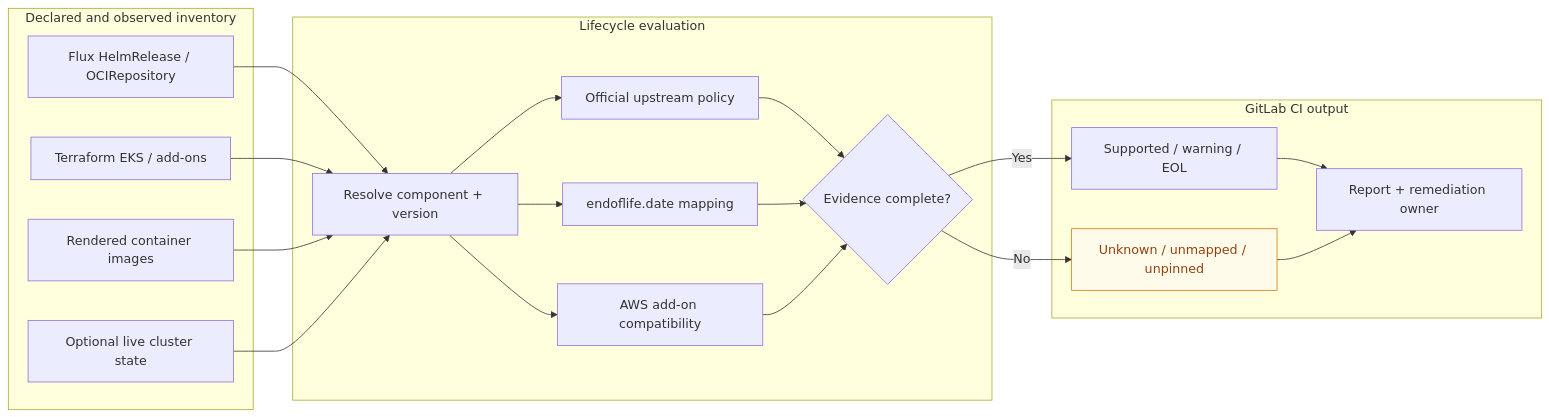
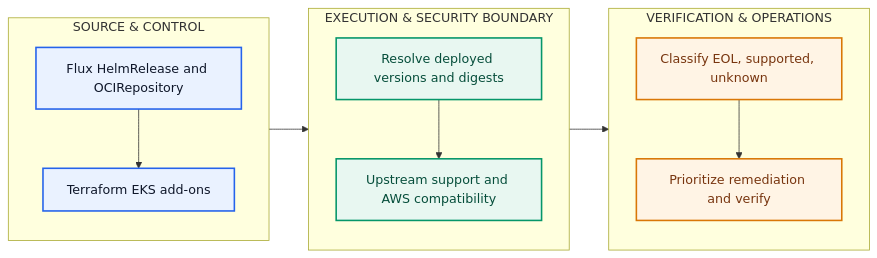
The diagram in engineering-reference/guides/security/kubernetes-workload-eol-inventory/diagram.mmd (platform-engineering-labz/platform-engineering), drawn with Mermaid before and after one commit. The commit also changed 3 other files, not shown here.

Commit message:
docs: redesign four core architecture diagrams with labeled boundaries

```diff
--- a/engineering-reference/guides/security/kubernetes-workload-eol-inventory/diagram.mmd
+++ b/engineering-reference/guides/security/kubernetes-workload-eol-inventory/diagram.mmd
@@ -1,35 +1,21 @@
 flowchart LR
-  subgraph INPUT["Declared and observed inventory"]
-    A["Flux HelmRelease / OCIRepository"]
-    B["Terraform EKS / add-ons"]
-    C["Rendered container images"]
-    D["Optional live cluster state"]
+  subgraph S0["SOURCE & CONTROL"]
+    direction TB
+    N0["Flux HelmRelease and OCIRepository"] --> N1["Terraform EKS add-ons"]
   end
-  subgraph PROCESS["Lifecycle evaluation"]
-    E["Resolve component + version"]
-    F["Official upstream policy"]
-    G["endoflife.date mapping"]
-    H["AWS add-on compatibility"]
-    I{"Evidence complete?"}
+  subgraph S1["EXECUTION & SECURITY BOUNDARY"]
+    direction TB
+    N2["Resolve deployed versions and digests"] --> N3["Upstream support and AWS compatibility"]
   end
-  subgraph OUTPUT["GitLab CI output"]
-    J["Supported / warning / EOL"]
-    K["Unknown / unmapped / unpinned"]
-    L["Report + remediation owner"]
+  N1 --> N2
+  subgraph S2["VERIFICATION & OPERATIONS"]
+    direction TB
+    N4["Classify EOL, supported, unknown"] --> N5["Prioritize remediation and verify"]
   end
-  A --> E
-  B --> E
-  C --> E
-  D --> E
-  E --> F
-  E --> G
-  E --> H
-  F --> I
-  G --> I
-  H --> I
-  I -->|Yes| J
-  I -->|No| K
-  J --> L
-  K --> L
-  classDef uncertain fill:#fffbeb,stroke:#d97706,color:#92400e
-  class K uncertain
+  N3 --> N4
+  classDef blue fill:#EAF2FF,stroke:#2563EB,stroke-width:2px,color:#0F172A
+  classDef green fill:#E8F7F1,stroke:#059669,stroke-width:2px,color:#064E3B
+  classDef amber fill:#FFF4E5,stroke:#D97706,stroke-width:2px,color:#78350F
+  class N0,N1 blue
+  class N2,N3 green
+  class N4,N5 amber
```
